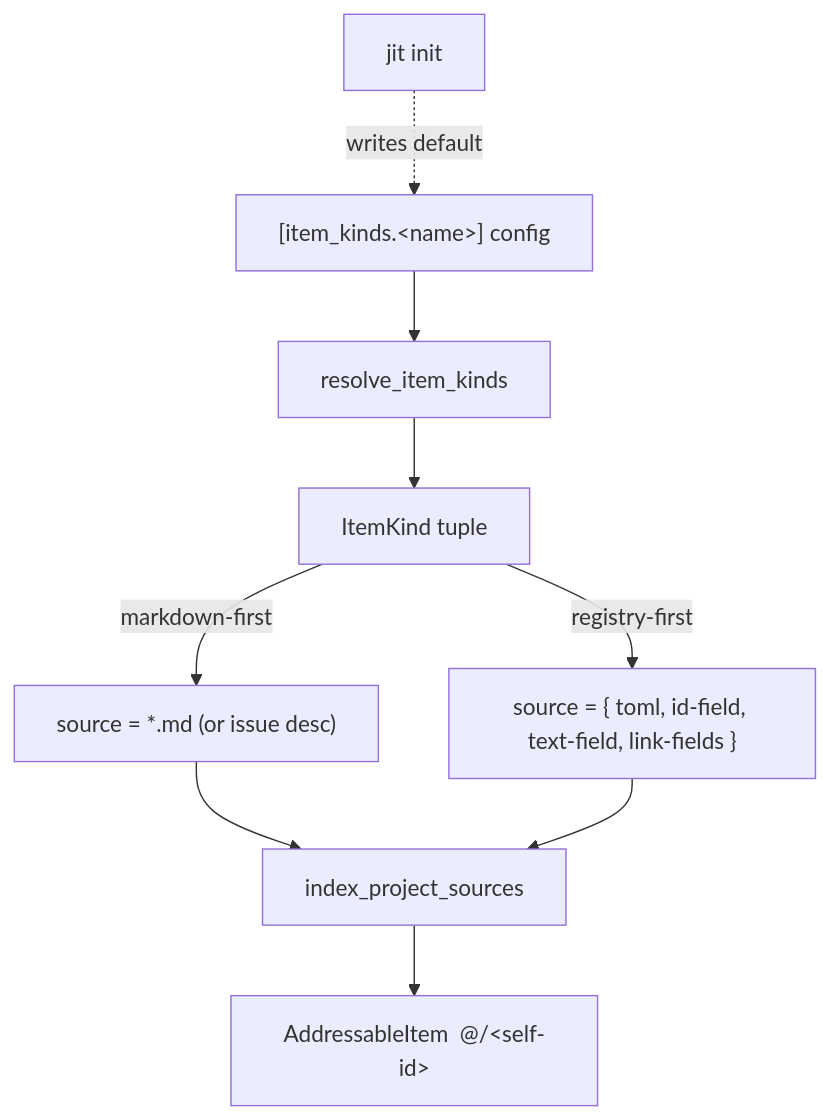
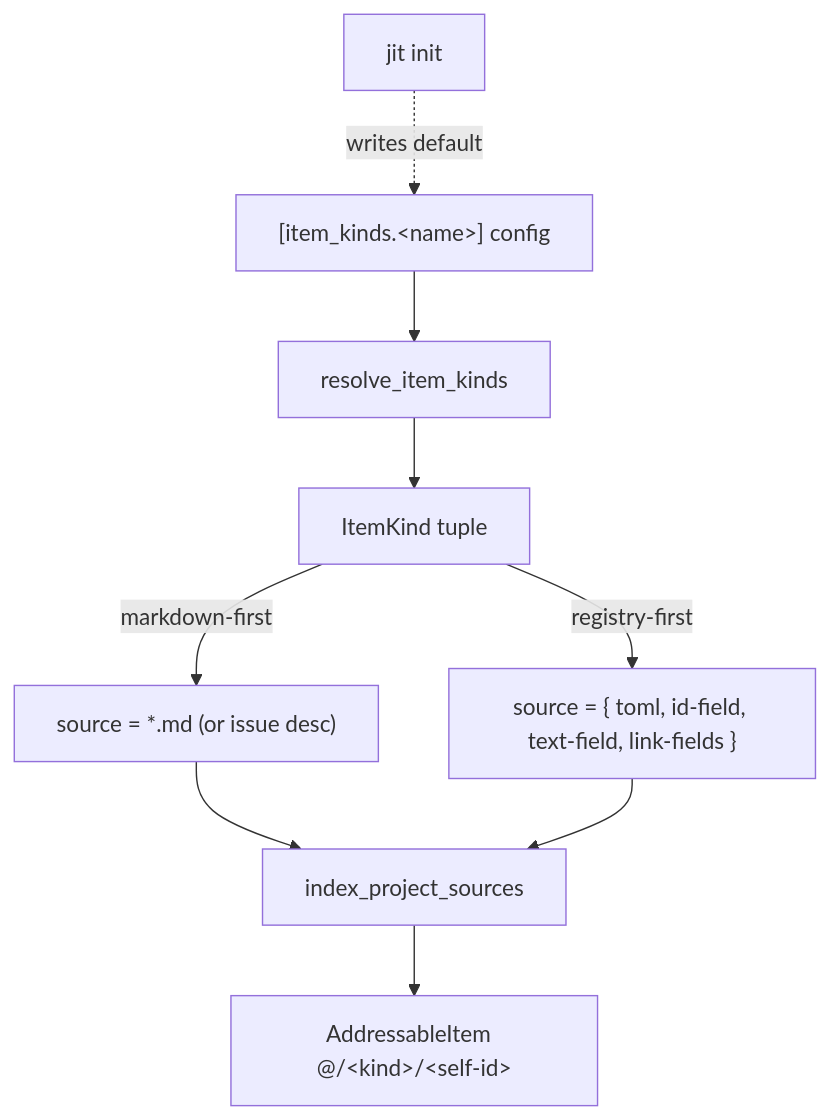
The diagram in dev/active/90a2dbfd-kinds-over-sources.md (erankavija/just-in-time), drawn with Mermaid before and after one commit. The commit also changed other lines of this file and 3 other files, not shown here.

````diff
--- a/dev/active/90a2dbfd-kinds-over-sources.md
+++ b/dev/active/90a2dbfd-kinds-over-sources.md
@@ -109,11 +109,11 @@
 ```mermaid
 graph TD
     CFG["[item_kinds.&lt;name&gt;] config"] --> RES[resolve_item_kinds]
     RES --> KIND[ItemKind tuple]
     KIND -->|markdown-first| MD["source = *.md (or issue desc)"]
     KIND -->|registry-first| TOML["source = { toml, id-field, text-field, link-fields }"]
     MD --> IDX[index_project_sources]
     TOML --> IDX
-    IDX --> ITEMS["AddressableItem  @/&lt;self-id&gt;"]
+    IDX --> ITEMS["AddressableItem  @/&lt;kind&gt;/&lt;self-id&gt;"]
     INIT["jit init"] -.writes default.-> CFG
 ```
````
